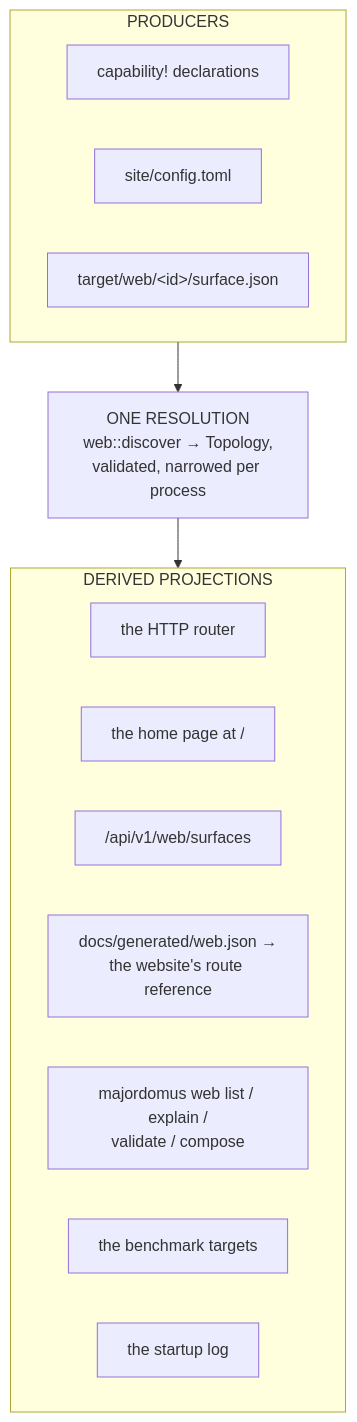
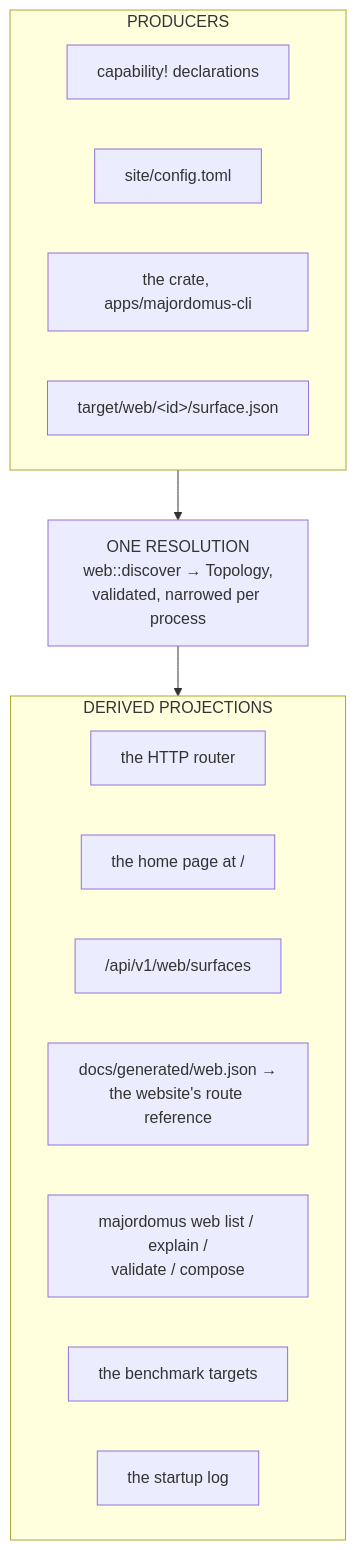
Before and after one commit to korczis/prismatic-majordomus: the first of 2 diagrams in docs/WEB.md, drawn with Mermaid. The commit also changed other lines of this file and 22 other files, not shown here.

````diff
--- a/docs/WEB.md
+++ b/docs/WEB.md
@@ -15,20 +15,21 @@
 ```mermaid
 flowchart TD
   subgraph producers["PRODUCERS"]
     decl["capability! declarations"]
     config["site/config.toml"]
+    crate["the crate, apps/majordomus-cli"]
     surfacejson["target/web/&lt;id&gt;/surface.json"]
   end
   resolution["ONE RESOLUTION<br>web::discover → Topology,<br>validated, narrowed per process"]
   subgraph projections["DERIVED PROJECTIONS"]
     router["the HTTP router"]
     home["the home page at /"]
     api["/api/v1/web/surfaces"]
     webjson["docs/generated/web.json →<br>the website's route reference"]
     cli["majordomus web list / explain /<br>validate / compose"]
     bench["the benchmark targets"]
     log["the startup log"]
   end
   producers --> resolution
   resolution --> projections
 ```
````
